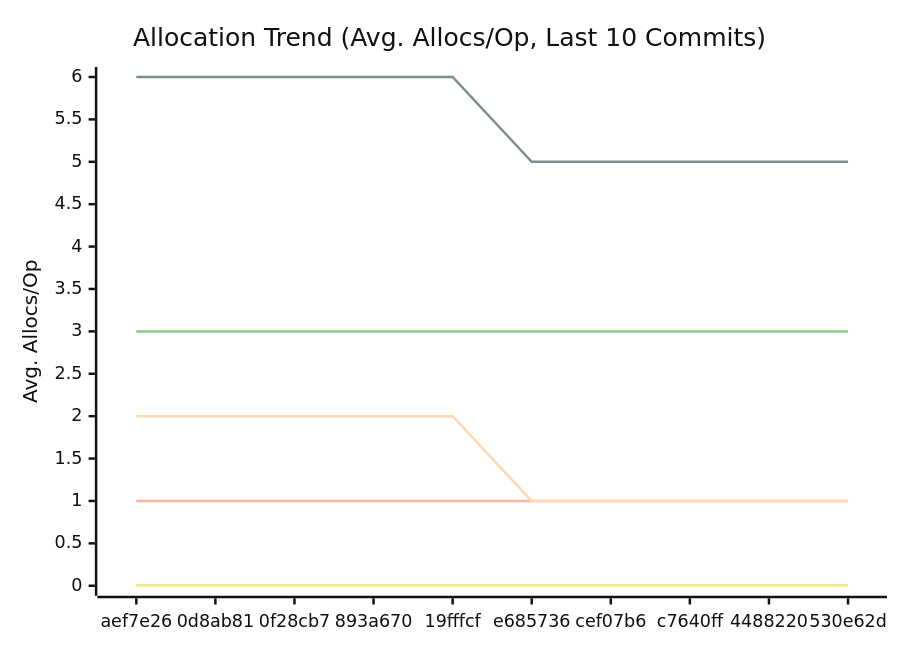
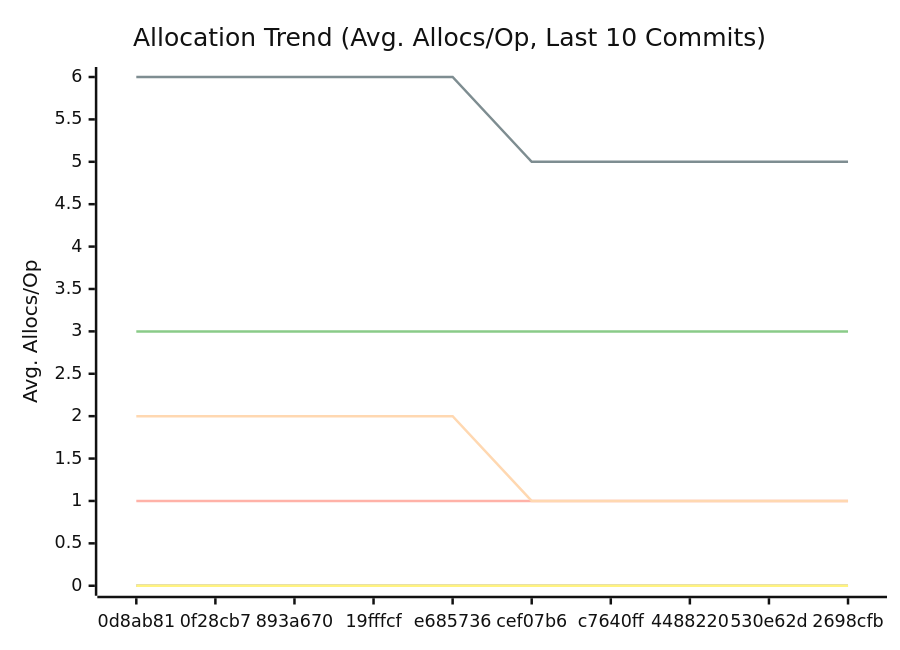
Before and after one commit to alsotoes/momo: the third of 3 diagrams in docs/PERFORMANCE.md, drawn with Mermaid (neutral theme). The commit also changed other lines of this file and 11 other files, not shown here.

````diff
--- a/docs/PERFORMANCE.md
+++ b/docs/PERFORMANCE.md
@@ -114,16 +114,16 @@
 ```mermaid
 xychart-beta
     title "Allocation Trend (Avg. Allocs/Op, Last 10 Commits)"
     x-axis "Commit"
     y-axis "Avg. Allocs/Op"
-    x-axis [aef7e26,0d8ab81,0f28cb7,893a670,19fffcf,e685736,cef07b6,c7640ff,4488220,530e62d]
+    x-axis [0d8ab81,0f28cb7,893a670,19fffcf,e685736,cef07b6,c7640ff,4488220,530e62d,2698cfb]
     line "CheckMetricsAndSwap" [0,0,0,0,0,0,0,0,0,0]
     line "CrushOptimized" [0,0,0,0,0,0,0,0,0,0]
     line "CrushOriginal" [3,3,3,3,3,3,3,3,3,3]
     line "IndexDirectTracking" [0,0,0,0,0,0,0,0,0,0]
     line "IndexSearch" [0,0,0,0,0,0,0,0,0,0]
     line "LoadGlobalConfig" [1,1,1,1,1,1,1,1,1,1]
     line "PadString" [0,0,0,0,0,0,0,0,0,0]
     line "ParseReplicationOrder_NoPrealloc" [6,6,6,6,6,5,5,5,5,5]
     line "ParseReplicationOrder_Prealloc" [2,2,2,2,2,1,1,1,1,1]
 ```
````
